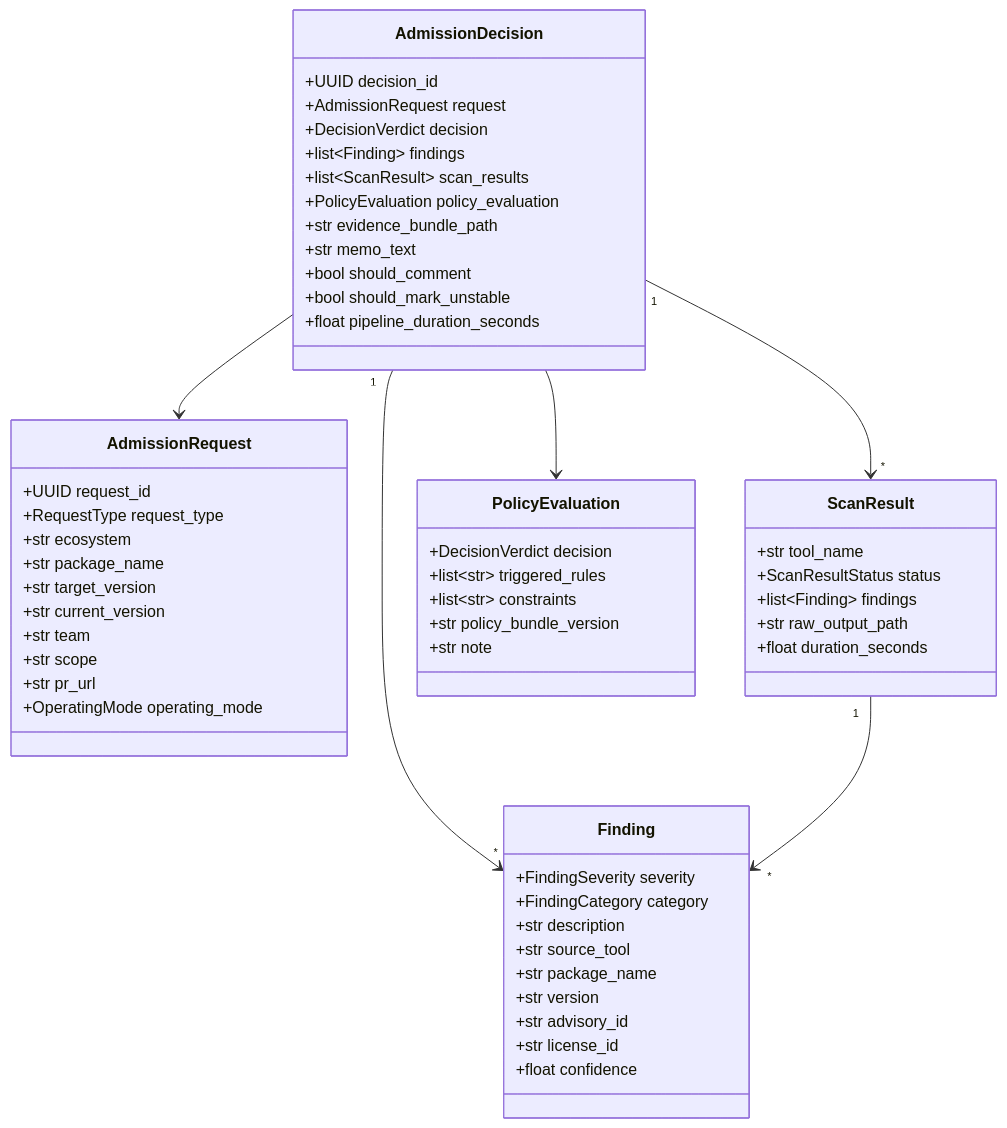
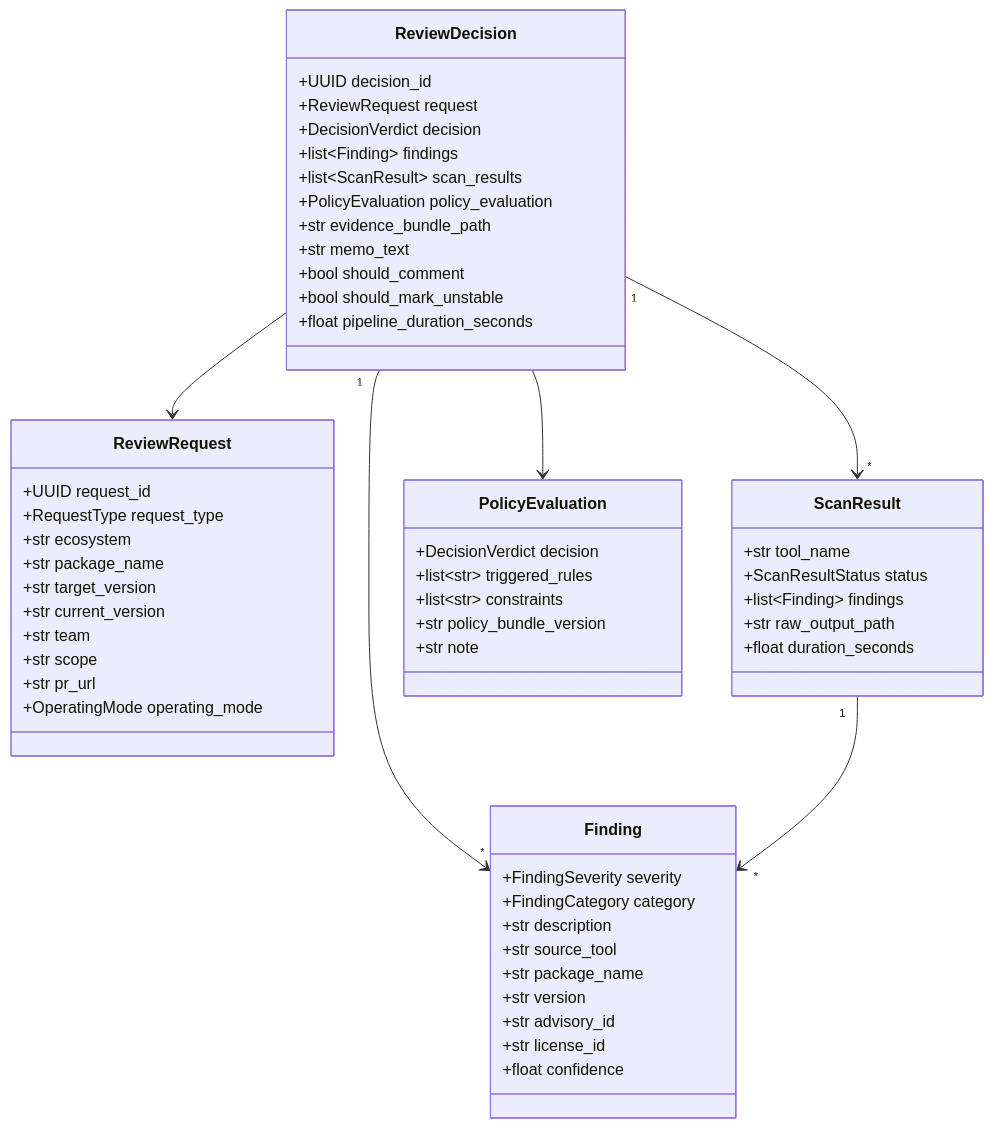
Before and after one commit to sam-fakhreddine/eedom: the diagram in ARCHITECTURE.md, drawn with Mermaid. The commit also changed other lines of this file and 63 other files, not shown here.

First line of the commit message:
chore: scrub all admission control references — renamed to eedom/review terminology

````diff
--- a/ARCHITECTURE.md
+++ b/ARCHITECTURE.md
@@ -610,58 +610,58 @@
 ```mermaid
 classDiagram
-    class AdmissionDecision {
+    class ReviewDecision {
         +UUID decision_id
-        +AdmissionRequest request
+        +ReviewRequest request
         +DecisionVerdict decision
         +list~Finding~ findings
         +list~ScanResult~ scan_results
         +PolicyEvaluation policy_evaluation
         +str evidence_bundle_path
         +str memo_text
         +bool should_comment
         +bool should_mark_unstable
         +float pipeline_duration_seconds
     }
-    class AdmissionRequest {
+    class ReviewRequest {
         +UUID request_id
         +RequestType request_type
         +str ecosystem
         +str package_name
         +str target_version
         +str current_version
         +str team
         +str scope
         +str pr_url
         +OperatingMode operating_mode
     }
     class Finding {
         +FindingSeverity severity
         +FindingCategory category
         +str description
         +str source_tool
         +str package_name
         +str version
         +str advisory_id
         +str license_id
         +float confidence
     }
     class ScanResult {
         +str tool_name
         +ScanResultStatus status
         +list~Finding~ findings
         +str raw_output_path
         +float duration_seconds
     }
     class PolicyEvaluation {
         +DecisionVerdict decision
         +list~str~ triggered_rules
         +list~str~ constraints
         +str policy_bundle_version
         +str note
     }
-    AdmissionDecision --> AdmissionRequest
-    AdmissionDecision --> PolicyEvaluation
-    AdmissionDecision "1" --> "*" Finding
-    AdmissionDecision "1" --> "*" ScanResult
+    ReviewDecision --> ReviewRequest
+    ReviewDecision --> PolicyEvaluation
+    ReviewDecision "1" --> "*" Finding
+    ReviewDecision "1" --> "*" ScanResult
     ScanResult "1" --> "*" Finding
 ```
````
